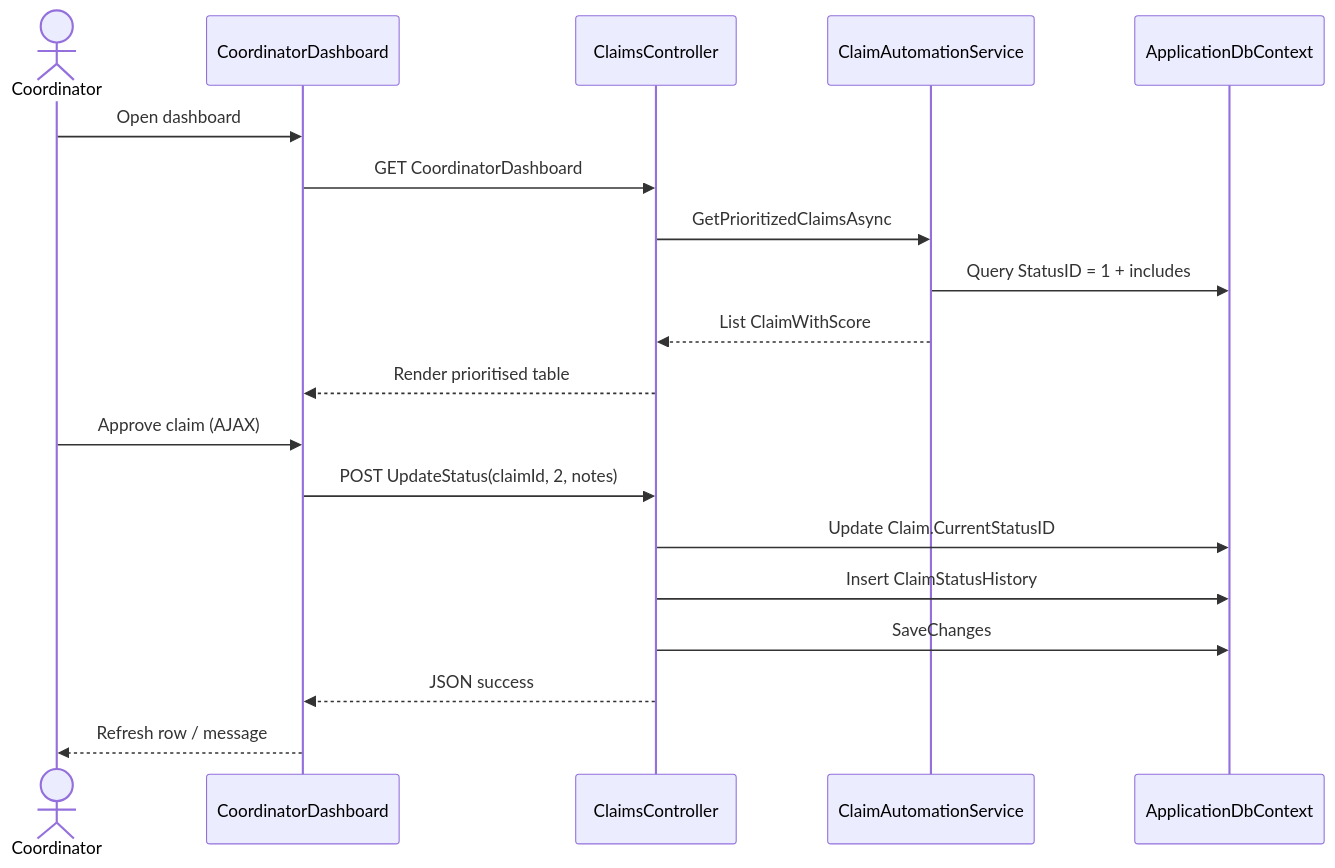
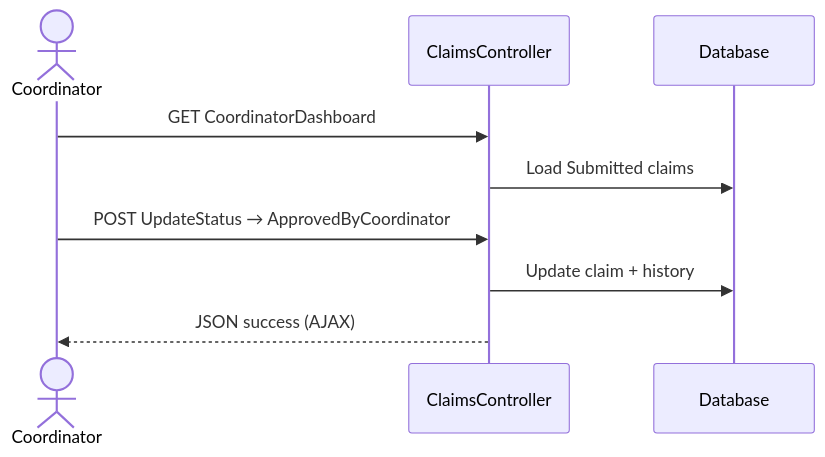
Before and after one commit to jah-guide/CMCS-Project: the second of 3 diagrams in docs/07-sequence-flows.md, drawn with Mermaid. The commit also changed other lines of this file, not shown here.

Commit message:
docs: condense sequence flows to three core paths

````diff
--- a/docs/07-sequence-flows.md
+++ b/docs/07-sequence-flows.md
@@ -39,23 +22,12 @@
 ```mermaid
 sequenceDiagram
     actor CO as Coordinator
-    participant UI as CoordinatorDashboard
     participant C as ClaimsController
-    participant AS as ClaimAutomationService
-    participant DB as ApplicationDbContext
+    participant DB as Database
 
-    CO->>UI: Open dashboard
-    UI->>C: GET CoordinatorDashboard
-    C->>AS: GetPrioritizedClaimsAsync
-    AS->>DB: Query StatusID = 1 + includes
-    AS-->>C: List ClaimWithScore
-    C-->>UI: Render prioritised table
-
-    CO->>UI: Approve claim (AJAX)
-    UI->>C: POST UpdateStatus(claimId, 2, notes)
-    C->>DB: Update Claim.CurrentStatusID
-    C->>DB: Insert ClaimStatusHistory
-    C->>DB: SaveChanges
-    C-->>UI: JSON success
-    UI-->>CO: Refresh row / message
+    CO->>C: GET CoordinatorDashboard
+    C->>DB: Load Submitted claims
+    CO->>C: POST UpdateStatus → ApprovedByCoordinator
+    C->>DB: Update claim + history
+    C-->>CO: JSON success (AJAX)
 ```
````
